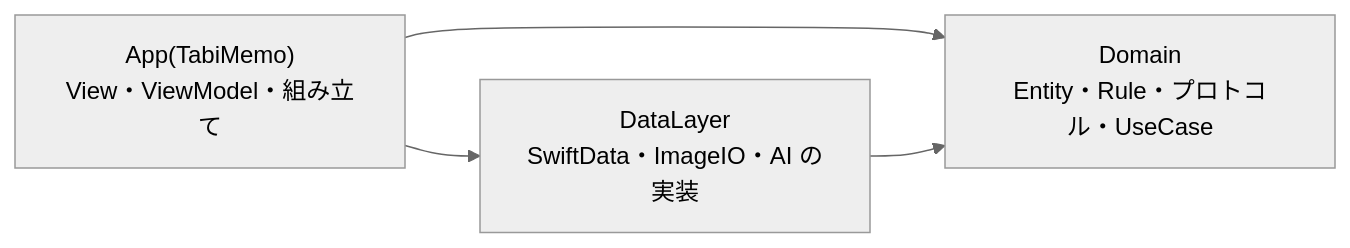
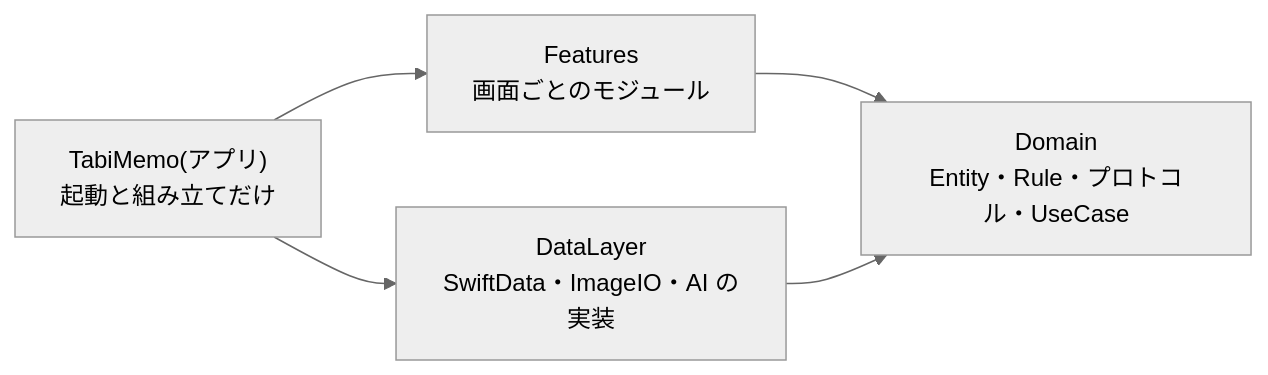
The first of 2 diagrams in docs/handbook/architecture.md (akidon0000/tabi-memo), drawn with Mermaid (neutral theme) before and after one commit. The commit also changed other lines of this file and 162 other files, not shown here.

````diff
--- a/docs/handbook/architecture.md
+++ b/docs/handbook/architecture.md
@@ -10,6 +10,7 @@
 ```mermaid
 flowchart LR
-    App["App(TabiMemo)<br/>View・ViewModel・組み立て"] --> DataLayer["DataLayer<br/>SwiftData・ImageIO・AI の実装"]
-    App --> Domain
-    DataLayer --> Domain["Domain<br/>Entity・Rule・プロトコル・UseCase"]
+    App["TabiMemo(アプリ)<br/>起動と組み立てだけ"] --> Features["Features<br/>画面ごとのモジュール"]
+    App --> DataLayer["DataLayer<br/>SwiftData・ImageIO・AI の実装"]
+    Features --> Domain["Domain<br/>Entity・Rule・プロトコル・UseCase"]
+    DataLayer --> Domain
 ```
````
